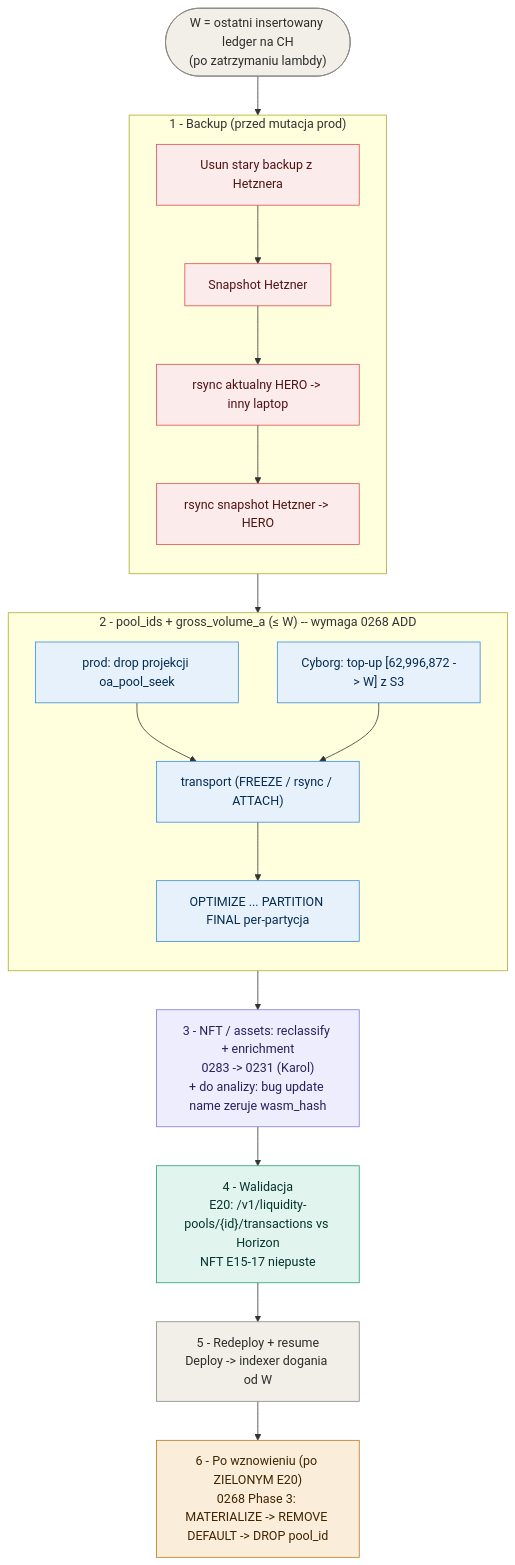
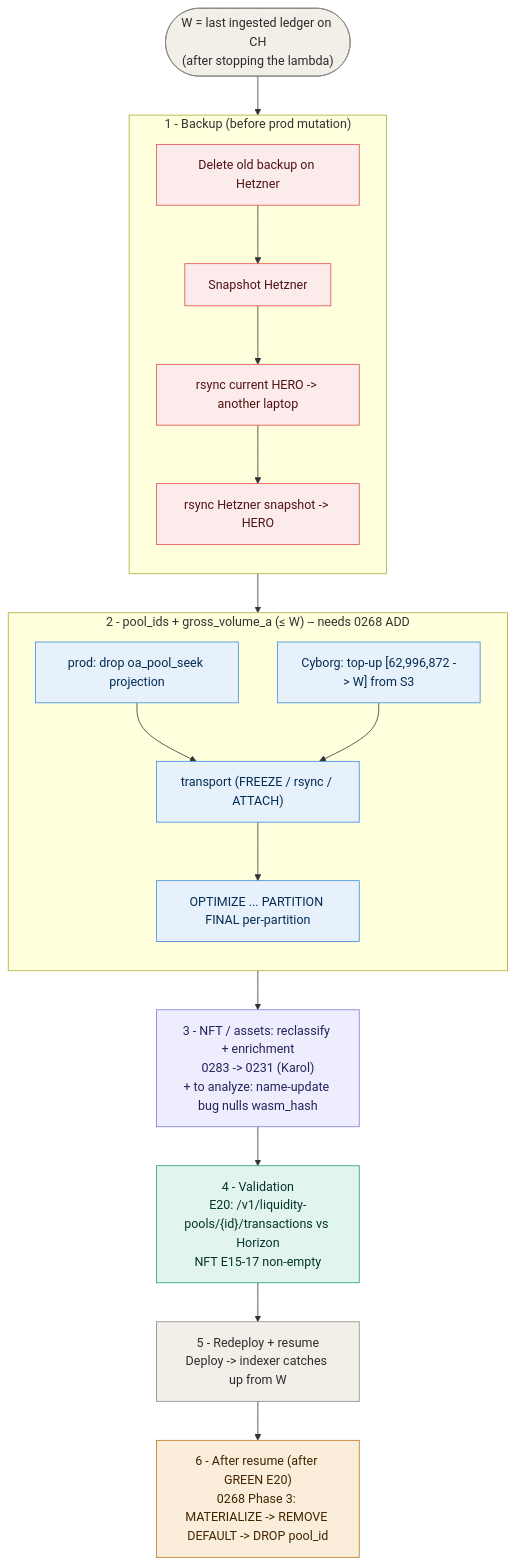
The diagram in docs/runbooks/0281_monday_ch_window_plan.mmd (rumblefishdev/soroban-block-explorer), drawn with Mermaid before and after one commit. The commit also changed 5 other files, not shown here.

First line of the commit message:
docs: translate diagram labels to English (0199 + 0281)

```diff
--- a/docs/runbooks/0281_monday_ch_window_plan.mmd
+++ b/docs/runbooks/0281_monday_ch_window_plan.mmd
@@ -1,46 +1,46 @@
 %% CH maintenance-window runbook (task 0281) — SERIAL plan (downtime OK; staging).
 %% Supersedes the earlier hybrid (resume-early) version.
 %% Lambda paused manually (SQS ESM detached + reserved concurrency 0); W = last ingested ledger on CH.
 %% Source for 0281_monday_ch_window_plan.svg — edit + re-render via /mermaid-diagrams.
 flowchart TB
   classDef startnode fill:#F1EFE8,stroke:#888780,color:#2C2C2A;
   classDef gate fill:#FCEBEB,stroke:#E24B4A,color:#501313;
   classDef backfill fill:#E6F1FB,stroke:#378ADD,color:#042C53;
   classDef enrich fill:#EEEDFE,stroke:#7F77DD,color:#26215C;
   classDef verify fill:#E1F5EE,stroke:#1D9E75,color:#04342C;
   classDef infra fill:#F1EFE8,stroke:#888780,color:#2C2C2A;
   classDef schema fill:#FAEEDA,stroke:#BA7517,color:#412402;
 
-  W(["W = ostatni insertowany ledger na CH<br/>(po zatrzymaniu lambdy)"]):::startnode
+  W(["W = last ingested ledger on CH<br/>(after stopping the lambda)"]):::startnode
 
-  subgraph S1["1 - Backup (przed mutacja prod)"]
+  subgraph S1["1 - Backup (before prod mutation)"]
     direction TB
-    B0["Usun stary backup z Hetznera"]:::gate
+    B0["Delete old backup on Hetzner"]:::gate
     B1["Snapshot Hetzner"]:::gate
-    B2["rsync aktualny HERO -&gt; inny laptop"]:::gate
-    B3["rsync snapshot Hetzner -&gt; HERO"]:::gate
+    B2["rsync current HERO -&gt; another laptop"]:::gate
+    B3["rsync Hetzner snapshot -&gt; HERO"]:::gate
     B0 --> B1 --> B2 --> B3
   end
 
-  subgraph S2["2 - pool_ids + gross_volume_a (&le; W) -- wymaga 0268 ADD"]
+  subgraph S2["2 - pool_ids + gross_volume_a (&le; W) -- needs 0268 ADD"]
     direction TB
-    P0["Cyborg: top-up [62,996,872 -&gt; W] z S3"]:::backfill
-    P1["prod: drop projekcji oa_pool_seek"]:::backfill
+    P0["Cyborg: top-up [62,996,872 -&gt; W] from S3"]:::backfill
+    P1["prod: drop oa_pool_seek projection"]:::backfill
     P2["transport (FREEZE / rsync / ATTACH)"]:::backfill
-    P3["OPTIMIZE ... PARTITION FINAL per-partycja"]:::backfill
+    P3["OPTIMIZE ... PARTITION FINAL per-partition"]:::backfill
     P1 --> P2
     P0 --> P2
     P2 --> P3
   end
 
-  N3["3 - NFT / assets: reclassify + enrichment<br/>0283 -&gt; 0231 (Karol)<br/>+ do analizy: bug update name zeruje wasm_hash"]:::enrich
-  N4["4 - Walidacja<br/>E20: /v1/liquidity-pools/{id}/transactions vs Horizon<br/>NFT E15-17 niepuste"]:::verify
-  N5["5 - Redeploy + resume<br/>Deploy -&gt; indexer dogania od W"]:::infra
-  N6["6 - Po wznowieniu (po ZIELONYM E20)<br/>0268 Phase 3: MATERIALIZE -&gt; REMOVE DEFAULT -&gt; DROP pool_id"]:::schema
+  N3["3 - NFT / assets: reclassify + enrichment<br/>0283 -&gt; 0231 (Karol)<br/>+ to analyze: name-update bug nulls wasm_hash"]:::enrich
+  N4["4 - Validation<br/>E20: /v1/liquidity-pools/{id}/transactions vs Horizon<br/>NFT E15-17 non-empty"]:::verify
+  N5["5 - Redeploy + resume<br/>Deploy -&gt; indexer catches up from W"]:::infra
+  N6["6 - After resume (after GREEN E20)<br/>0268 Phase 3: MATERIALIZE -&gt; REMOVE DEFAULT -&gt; DROP pool_id"]:::schema
 
   W --> S1
   S1 --> S2
   S2 --> N3
   N3 --> N4
   N4 --> N5
   N5 --> N6
```
